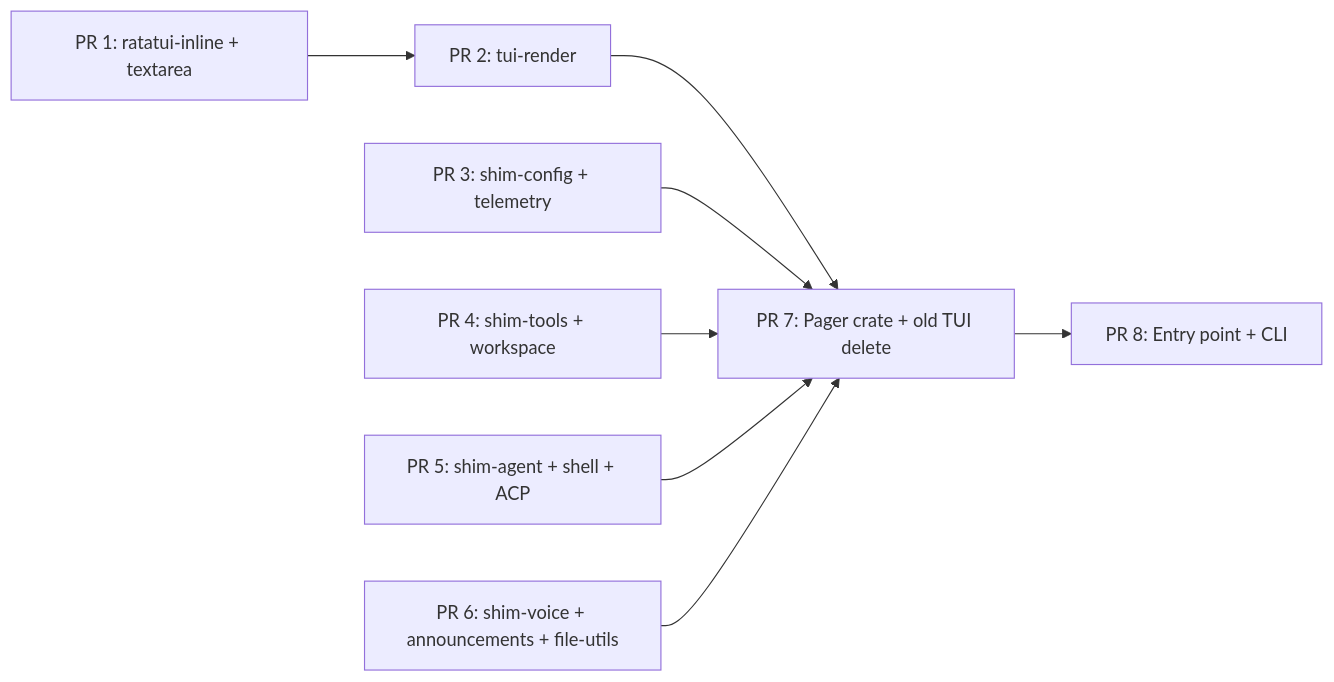
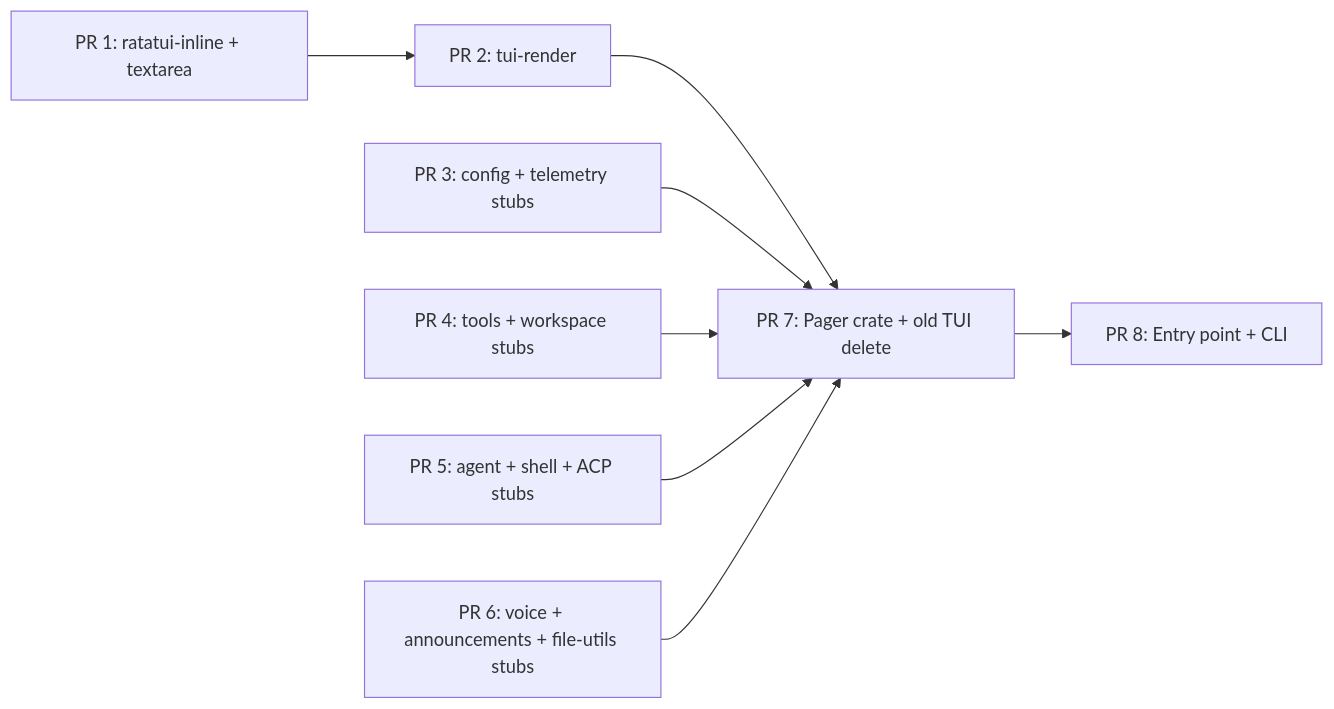
One commit to quangdang46/next-code changed the diagram in docs/grok-migration-SUMMARY.md. Above: the diagram before and after it, drawn with Mermaid. The commit also changed other lines of this file, not shown here.

First line of the commit message:
docs: mark PR5 done in grok-migration-SUMMARY, drop stale xai-shim-* naming

````diff
--- a/docs/grok-migration-SUMMARY.md
+++ b/docs/grok-migration-SUMMARY.md
@@ -252,19 +271,19 @@
 ```mermaid
 flowchart LR
     PR1[PR 1: ratatui-inline + textarea]
     PR2[PR 2: tui-render]
-    PR3[PR 3: shim-config + telemetry]
-    PR4[PR 4: shim-tools + workspace]
-    PR5[PR 5: shim-agent + shell + ACP]
-    PR6[PR 6: shim-voice + announcements + file-utils]
+    PR3[PR 3: config + telemetry stubs]
+    PR4[PR 4: tools + workspace stubs]
+    PR5[PR 5: agent + shell + ACP stubs]
+    PR6[PR 6: voice + announcements + file-utils stubs]
     PR7[PR 7: Pager crate + old TUI delete]
     PR8[PR 8: Entry point + CLI]
 
     PR1 --> PR2
     PR2 --> PR7
     PR3 --> PR7
     PR4 --> PR7
     PR5 --> PR7
     PR6 --> PR7
     PR7 --> PR8
 ```
````
